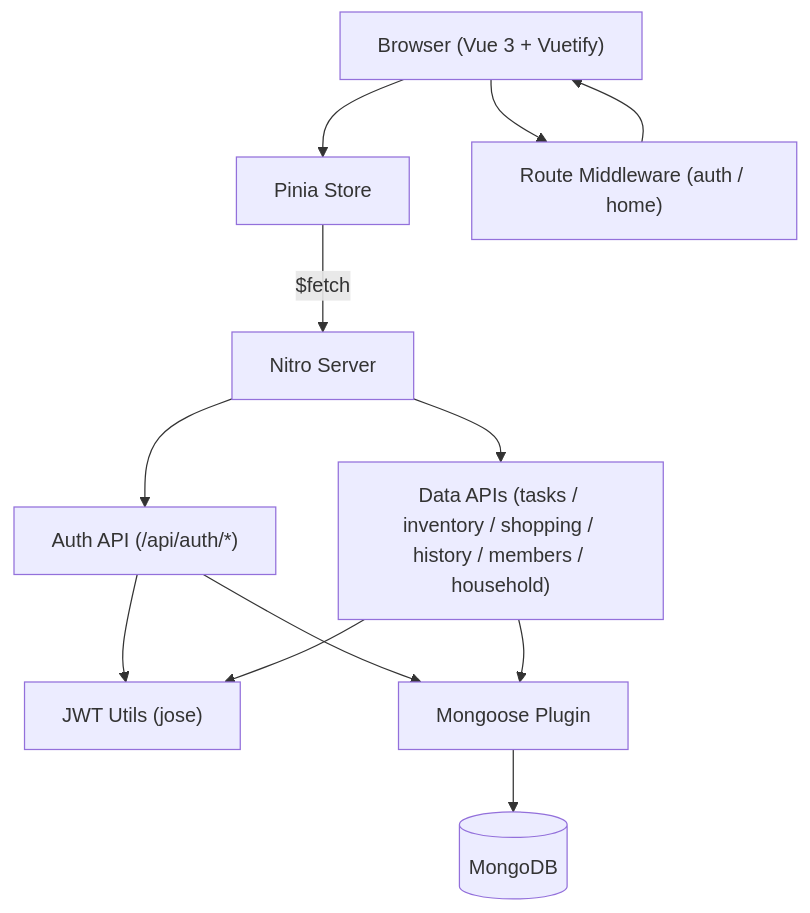
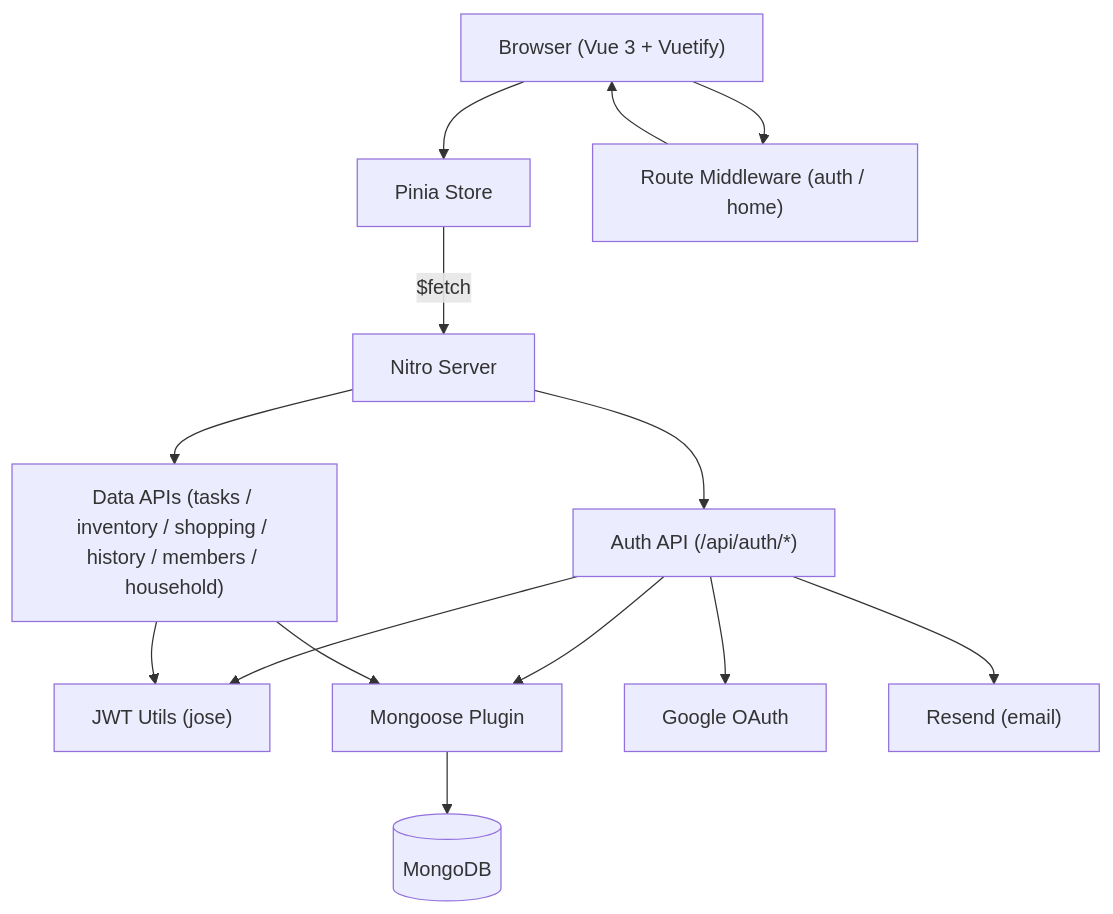
Before and after one commit to krealalejo/hearthstone: the diagram in README.md, drawn with Mermaid. The commit also changed other lines of this file, not shown here.

First line of the commit message:
docs(readme): update stack, pages, API, and structure

````diff
--- a/README.md
+++ b/README.md
@@ -84,24 +95,28 @@
 ```mermaid
 graph TD
     Browser["Browser (Vue 3 + Vuetify)"]
     Pinia["Pinia Store"]
     Middleware["Route Middleware (auth / home)"]
     NuxtServer["Nitro Server"]
     AuthAPI["Auth API (/api/auth/*)"]
     DataAPI["Data APIs (tasks / inventory / shopping / history / members / household)"]
     JWTUtils["JWT Utils (jose)"]
     Mongoose["Mongoose Plugin"]
     MongoDB[("MongoDB")]
+    Google["Google OAuth"]
+    Resend["Resend (email)"]
 
     Browser --> Middleware
     Middleware --> Browser
     Browser --> Pinia
     Pinia -->|"$fetch"| NuxtServer
     NuxtServer --> AuthAPI
     NuxtServer --> DataAPI
     AuthAPI --> JWTUtils
     DataAPI --> JWTUtils
     AuthAPI --> Mongoose
     DataAPI --> Mongoose
+    AuthAPI --> Google
+    AuthAPI --> Resend
     Mongoose --> MongoDB
 ```
````
